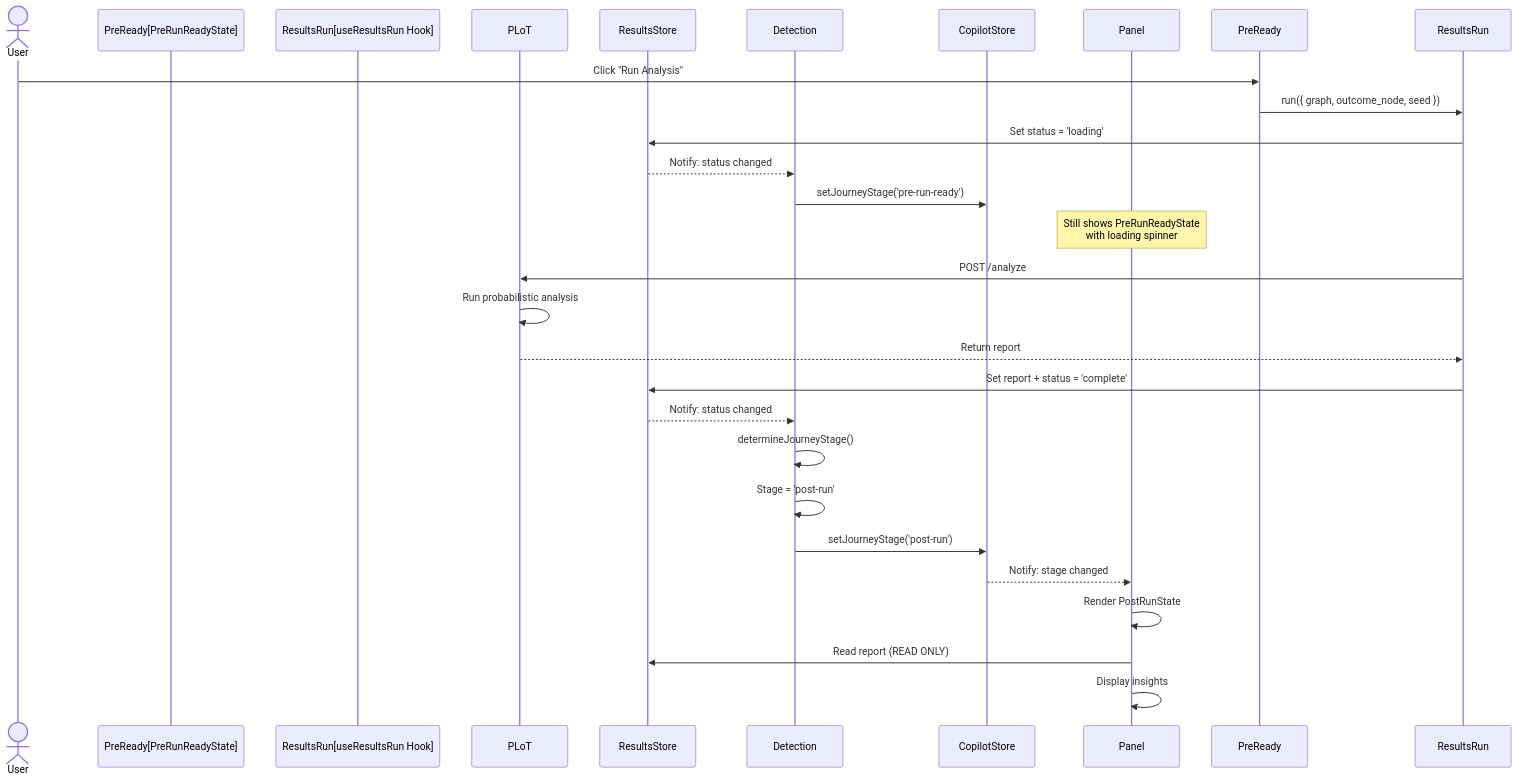
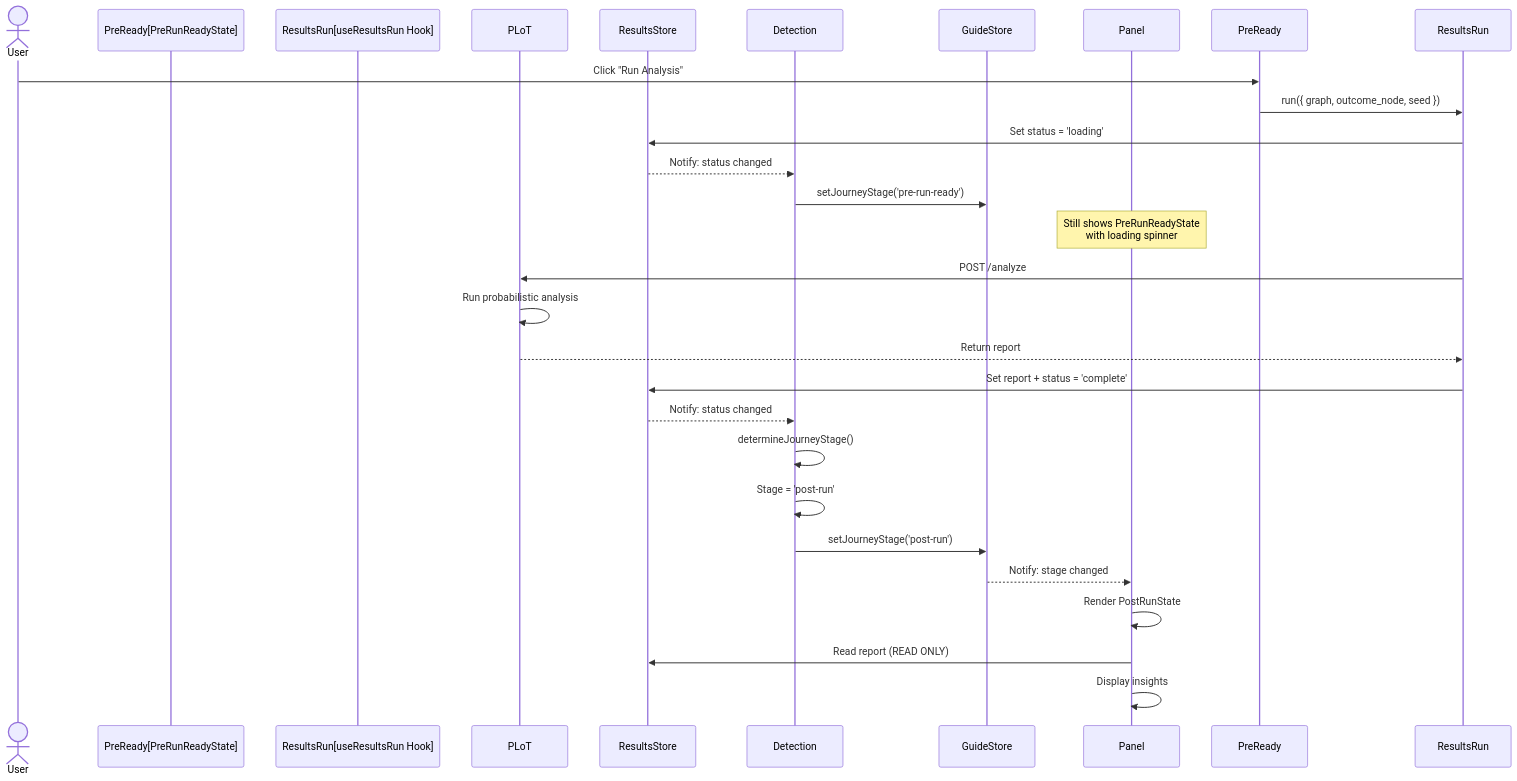
One commit to Talchain/DecisionGuideAI changed the seventh of 11 diagrams in src/pages/sandbox-guide/ARCHITECTURE.md. Above: the diagram before and after it, drawn with Mermaid. The commit also changed other lines of this file and 32 other files, not shown here.

First line of the commit message:
refactor(guide): update all file contents from Copilot to Guide

````diff
--- a/src/pages/sandbox-guide/ARCHITECTURE.md
+++ b/src/pages/sandbox-guide/ARCHITECTURE.md
@@ -402,33 +402,33 @@
 ```mermaid
 sequenceDiagram
     actor User
     participant PreReady[PreRunReadyState]
     participant ResultsRun[useResultsRun Hook]
     participant PLoT
     participant ResultsStore
     participant Detection
-    participant CopilotStore
+    participant GuideStore
     participant Panel
 
     User->>PreReady: Click "Run Analysis"
     PreReady->>ResultsRun: run({ graph, outcome_node, seed })
     ResultsRun->>ResultsStore: Set status = 'loading'
     ResultsStore-->>Detection: Notify: status changed
-    Detection->>CopilotStore: setJourneyStage('pre-run-ready')
+    Detection->>GuideStore: setJourneyStage('pre-run-ready')
     Note over Panel: Still shows PreRunReadyState<br/>with loading spinner
 
     ResultsRun->>PLoT: POST /analyze
     PLoT->>PLoT: Run probabilistic analysis
     PLoT-->>ResultsRun: Return report
     ResultsRun->>ResultsStore: Set report + status = 'complete'
 
     ResultsStore-->>Detection: Notify: status changed
     Detection->>Detection: determineJourneyStage()
     Detection->>Detection: Stage = 'post-run'
-    Detection->>CopilotStore: setJourneyStage('post-run')
+    Detection->>GuideStore: setJourneyStage('post-run')
 
-    CopilotStore-->>Panel: Notify: stage changed
+    GuideStore-->>Panel: Notify: stage changed
     Panel->>Panel: Render PostRunState
     Panel->>ResultsStore: Read report (READ ONLY)
     Panel->>Panel: Display insights
 ```
````
